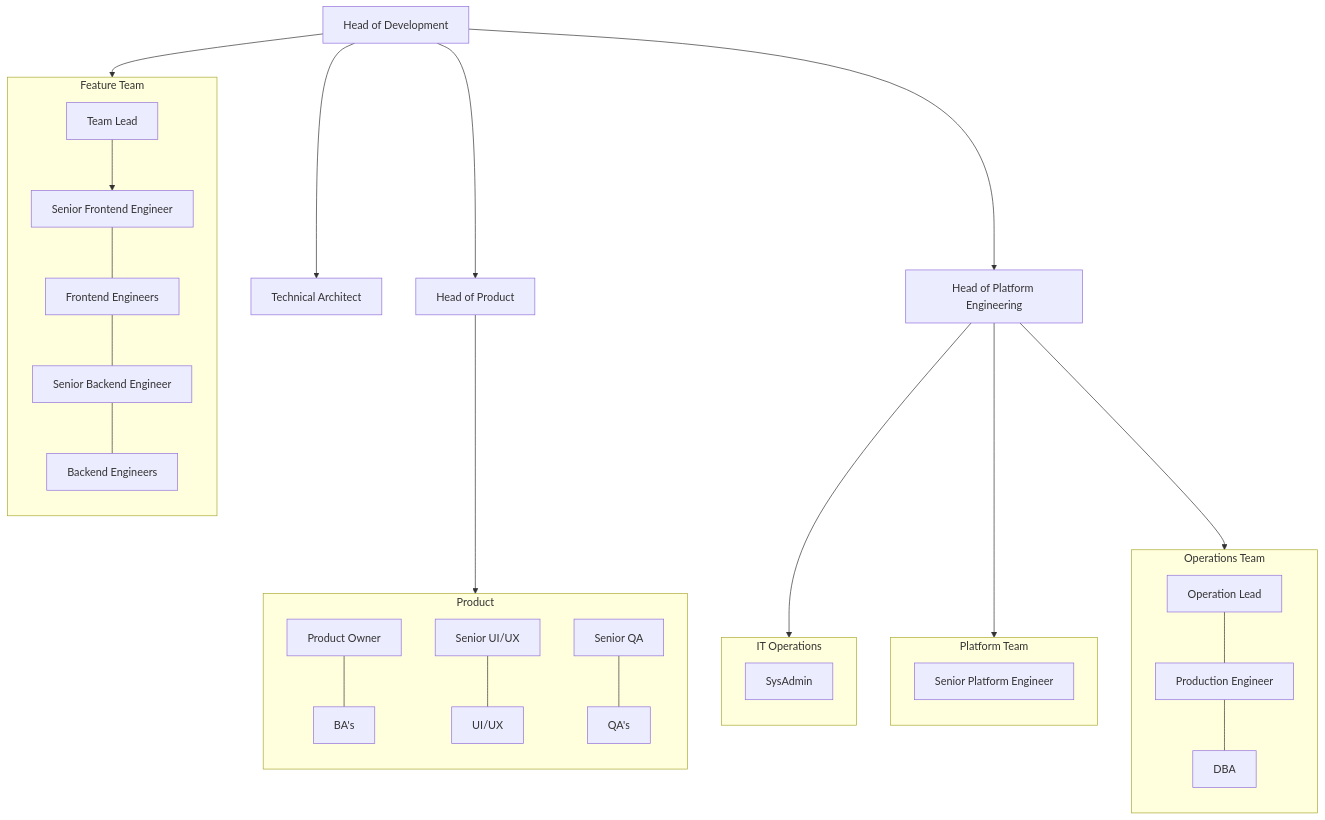
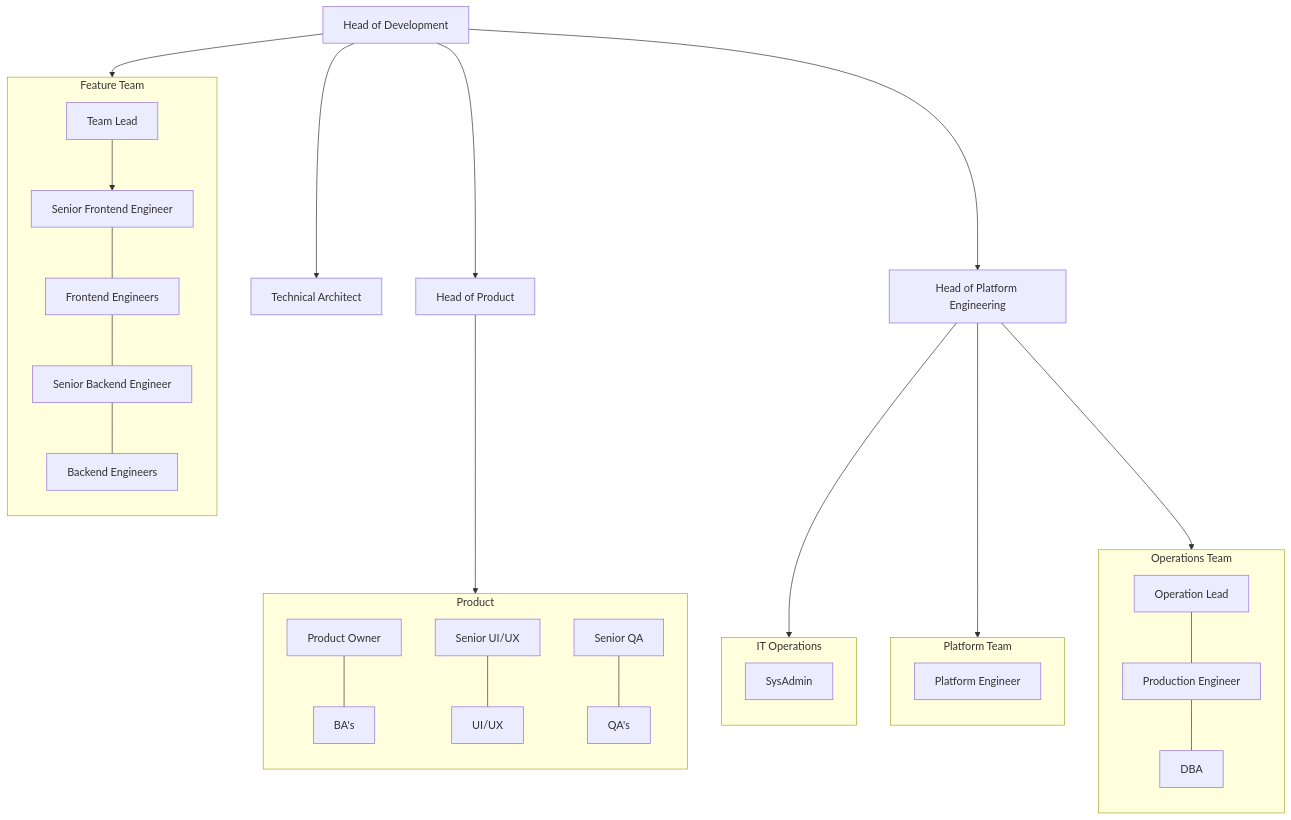
The diagram in OrganisationChart.md (michaeljholmes/OrgNetlify), drawn with Mermaid before and after one commit. The commit also changed other lines of this file and 2 other files, not shown here.

Commit message:
rename platform engineer

````diff
--- a/OrganisationChart.md
+++ b/OrganisationChart.md
@@ -4,61 +4,61 @@
 ```mermaid
 flowchart TB
     HOD[Head of Development]
 
     HOD --> TA[Technical Architect]
     HOD --> HOP[Head of Product]
     HOD --> HPE[Head of Platform Engineering]
 
     HOD --> FT1
 
     subgraph FT1[Feature Team]
         direction TB
         TL[Team Lead]
         SFE[Senior Frontend Engineer]
         FE1[Frontend Engineers]
         SBE[Senior Backend Engineer]
         BE1[Backend Engineers]
 
         TL --> SFE
         SFE --- FE1
         FE1 --- SBE
         SBE --- BE1
     end
 
     subgraph PRODUCT[Product]
         direction TB
         PO[Product Owner]
         BA[BA's]
         HOUIUX[Senior UI/UX]
         UX[UI/UX]
         HOQA[Senior QA]
         QA2[QA's]
 
         PO --- BA
         HOUIUX --- UX
         HOQA --- QA2
     end
     HOP --> PRODUCT
 
     subgraph ITOPS[IT Operations]
         direction TB
         SA[SysAdmin]
     end
     subgraph PLATFORMTEAM[Platform Team]
         direction TB
-        SPE[Senior Platform Engineer]
+        PFE[Platform Engineer]
     end
     subgraph OPSTEAM[Operations Team]
         direction TB
         HOO[Operation Lead]
         PE[Production Engineer]
         DBA[DBA]
 
         HOO --- PE
         PE --- DBA
     end
 
     HPE --> ITOPS
     HPE --> PLATFORMTEAM
     HPE --> OPSTEAM
 ```
````
